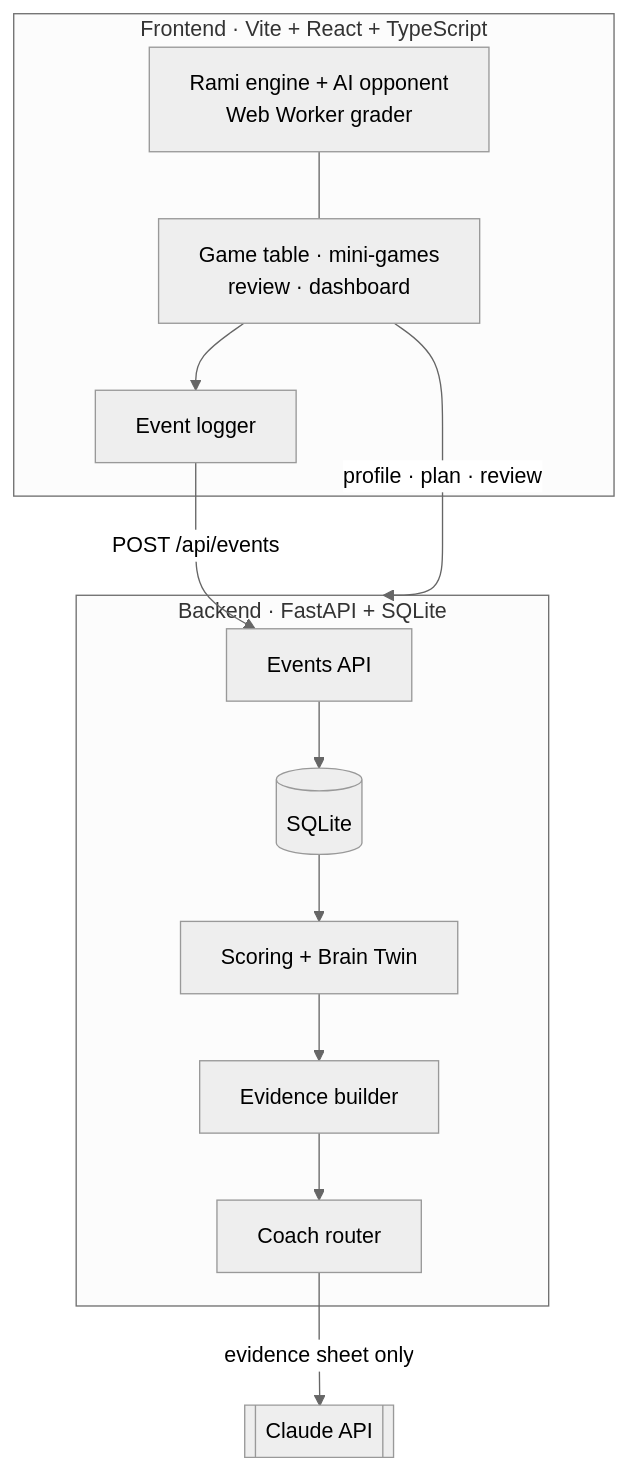
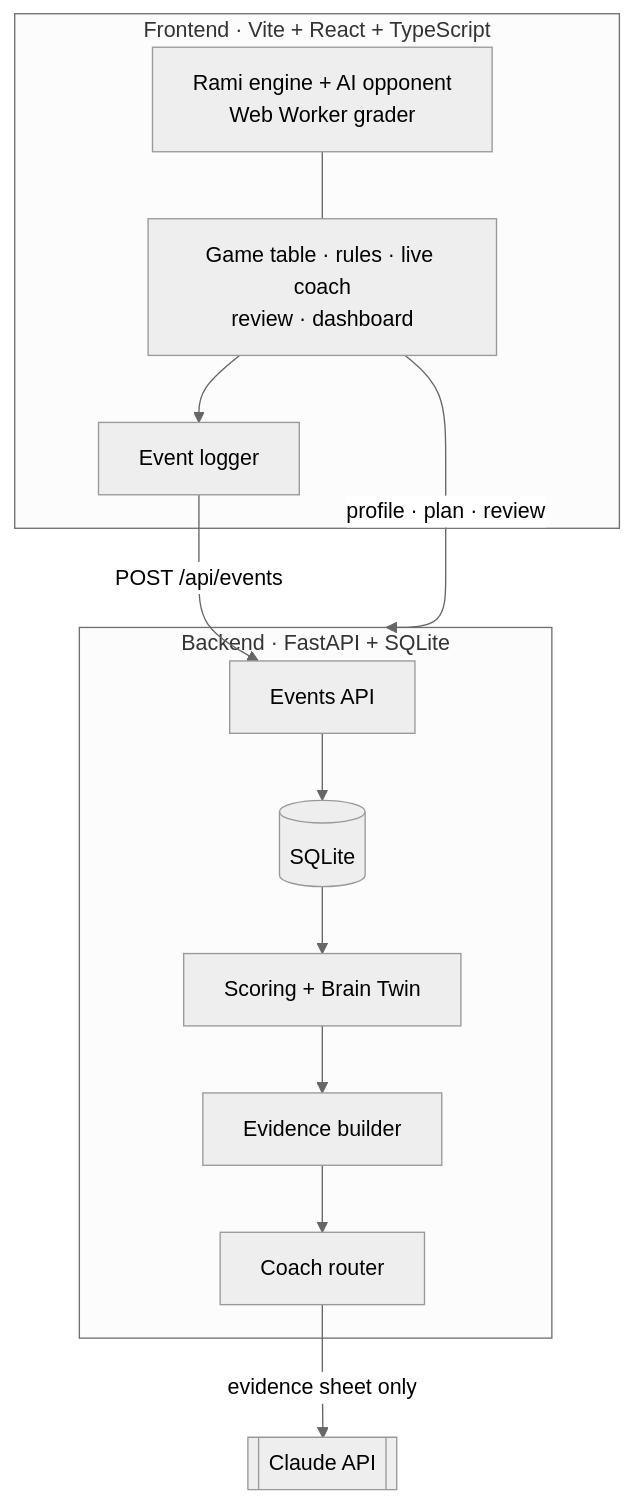
Before and after one commit to KareemChatti/Ai4brain-cistac-iset-bizerte: the second of 2 diagrams in README.md, drawn with Mermaid (neutral theme). The commit also changed other lines of this file and 5 other files, not shown here.

First line of the commit message:
feat: dashboard charts, review evidence and read-aloud, README how to run

````diff
--- a/README.md
+++ b/README.md
@@ -81,23 +84,23 @@
 ```mermaid
 flowchart TB
     subgraph Browser["Frontend · Vite + React + TypeScript"]
         ENG[Rami engine + AI opponent<br/>Web Worker grader]
-        UI[Game table · mini-games<br/>review · dashboard]
+        UI[Game table · rules · live coach<br/>review · dashboard]
         LOG[Event logger]
         UI --> LOG
         ENG --- UI
     end
     subgraph API["Backend · FastAPI + SQLite"]
         EV[Events API]
         SC[Scoring + Brain Twin]
         EVI[Evidence builder]
         COACH[Coach router]
         DB[(SQLite)]
         EV --> DB --> SC
         SC --> EVI --> COACH
     end
     LLM[[Claude API]]
     LOG -- "POST /api/events" --> EV
     UI -- "profile · plan · review" --> API
     COACH -- evidence sheet only --> LLM
 ```
````
